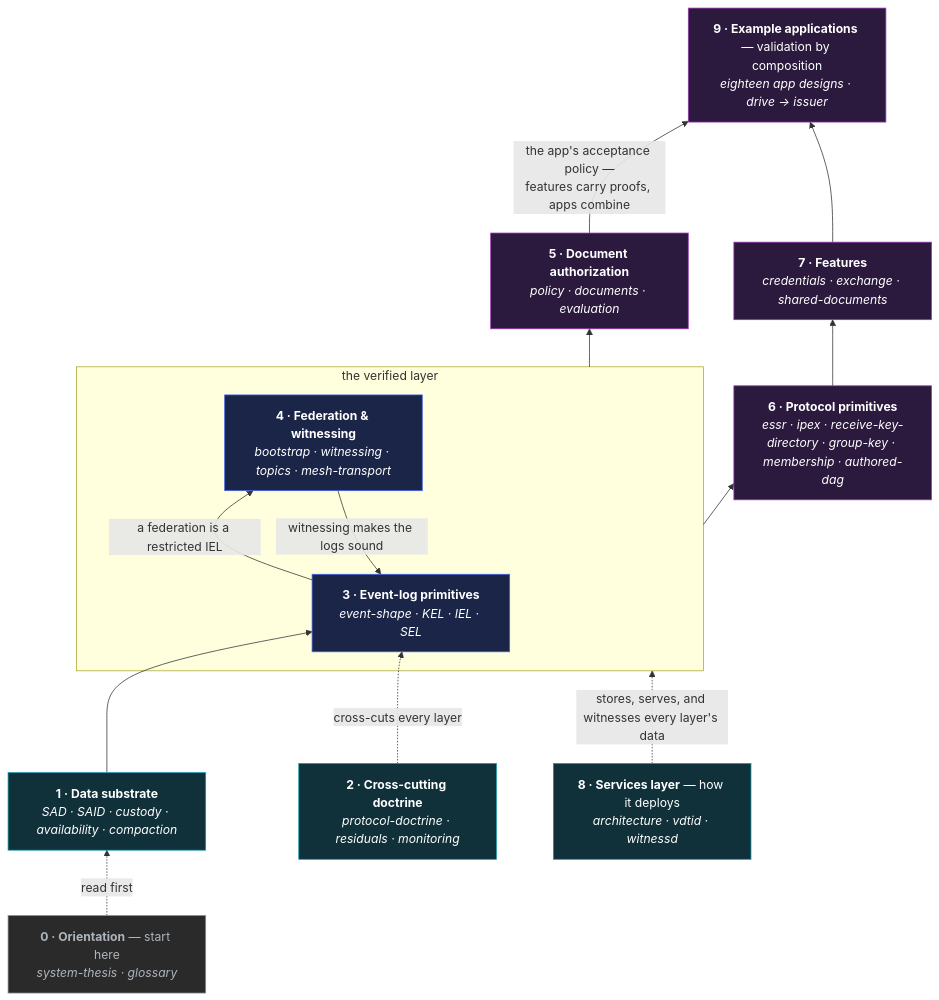
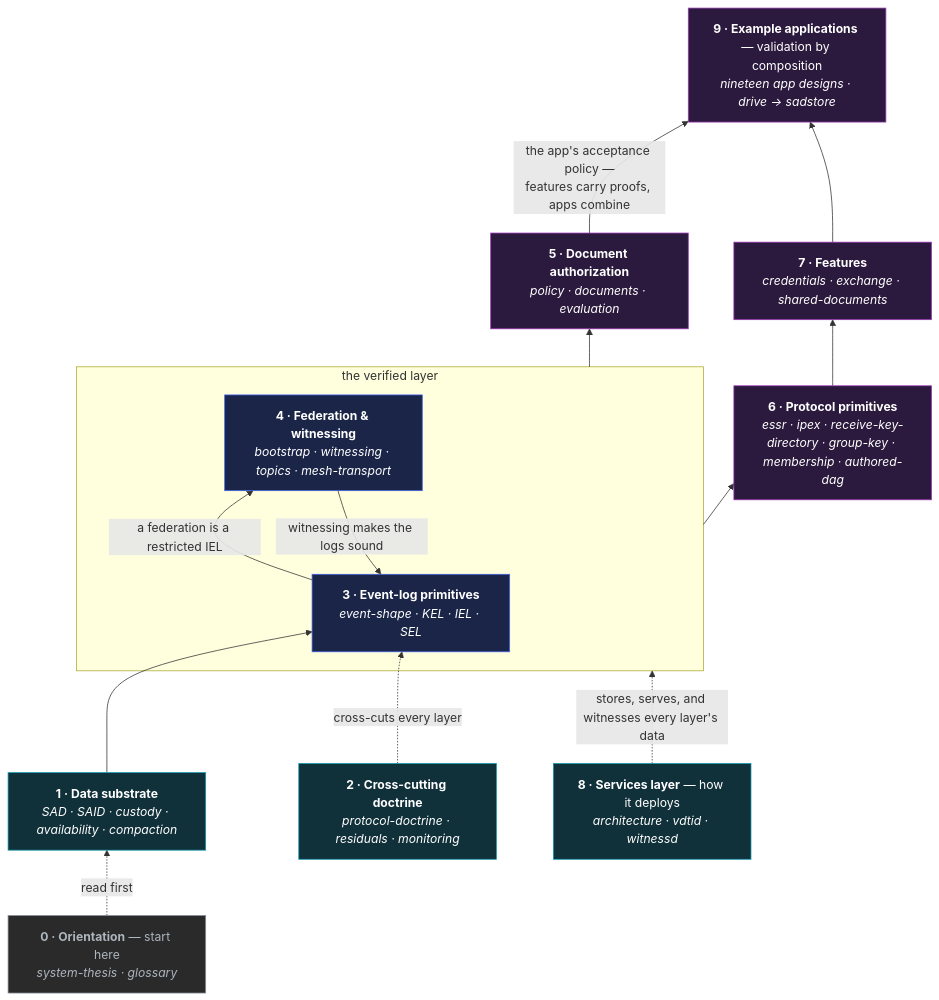
One commit to jasoncolburne/vdti changed the diagram in docs/design/README.md. Above: the diagram before and after it, drawn with Mermaid. The commit also changed other lines of this file and 19 other files, not shown here.

````diff
--- a/docs/design/README.md
+++ b/docs/design/README.md
@@ -58,33 +58,33 @@
 ```mermaid
 flowchart BT
   L0["<b>0 · Orientation</b> — start here<br/><i>system-thesis · glossary</i>"]:::orient
   L1["<b>1 · Data substrate</b><br/><i>SAD · SAID · custody · availability · compaction</i>"]:::found
   L2["<b>2 · Cross-cutting doctrine</b><br/><i>protocol-doctrine · residuals · monitoring</i>"]:::found
   subgraph verified["the verified layer"]
     L3["<b>3 · Event-log primitives</b><br/><i>event-shape · KEL · IEL · SEL</i>"]:::core
     L4["<b>4 · Federation &amp; witnessing</b><br/><i>bootstrap · witnessing · topics · mesh-transport</i>"]:::core
   end
   L5["<b>5 · Document authorization</b><br/><i>policy · documents · evaluation</i>"]:::compose
   L6["<b>6 · Protocol primitives</b><br/><i>essr · ipex · receive-key-directory · group-key · membership · authored-dag</i>"]:::compose
   L7["<b>7 · Features</b><br/><i>credentials · exchange · shared-documents</i>"]:::compose
-  L8["<b>9 · Example applications</b> — validation by composition<br/><i>eighteen app designs · drive → issuer</i>"]:::compose
+  L8["<b>9 · Example applications</b> — validation by composition<br/><i>nineteen app designs · drive → sadstore</i>"]:::compose
 
   L0 -.->|read first| L1
   L1 --> L3
   L2 -.->|cross-cuts every layer| L3
   L4 -->|witnessing makes the logs sound| L3
   L3 -->|a federation is a restricted IEL| L4
   verified --> L5
   verified --> L6
   L6 --> L7
   L5 -->|"the app's acceptance policy —<br/>features carry proofs, apps combine"| L8
   L7 --> L8
   LS["<b>8 · Services layer</b> — how it deploys<br/><i>architecture · vdtid · witnessd</i>"]:::found
   LS -.->|"stores, serves, and witnesses every layer's data"| verified
 
   classDef orient fill:#2a2a2a,stroke:#868e96,color:#adb5bd
   classDef found fill:#10303a,stroke:#1098ad,color:#fff
   classDef core fill:#1a2547,stroke:#4263eb,color:#fff
   classDef compose fill:#2b1a3d,stroke:#9c36b5,color:#fff
   classDef future fill:#20242a,stroke:#495057,color:#868e96
 ```
````
